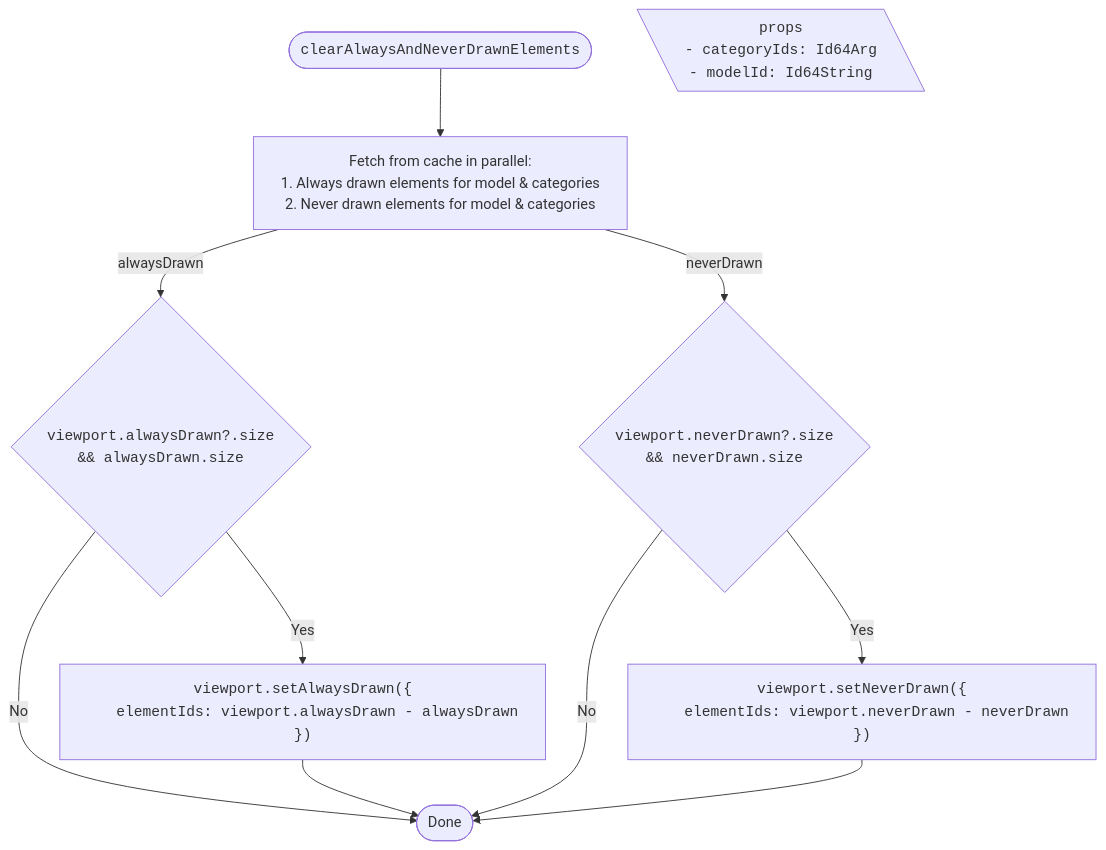
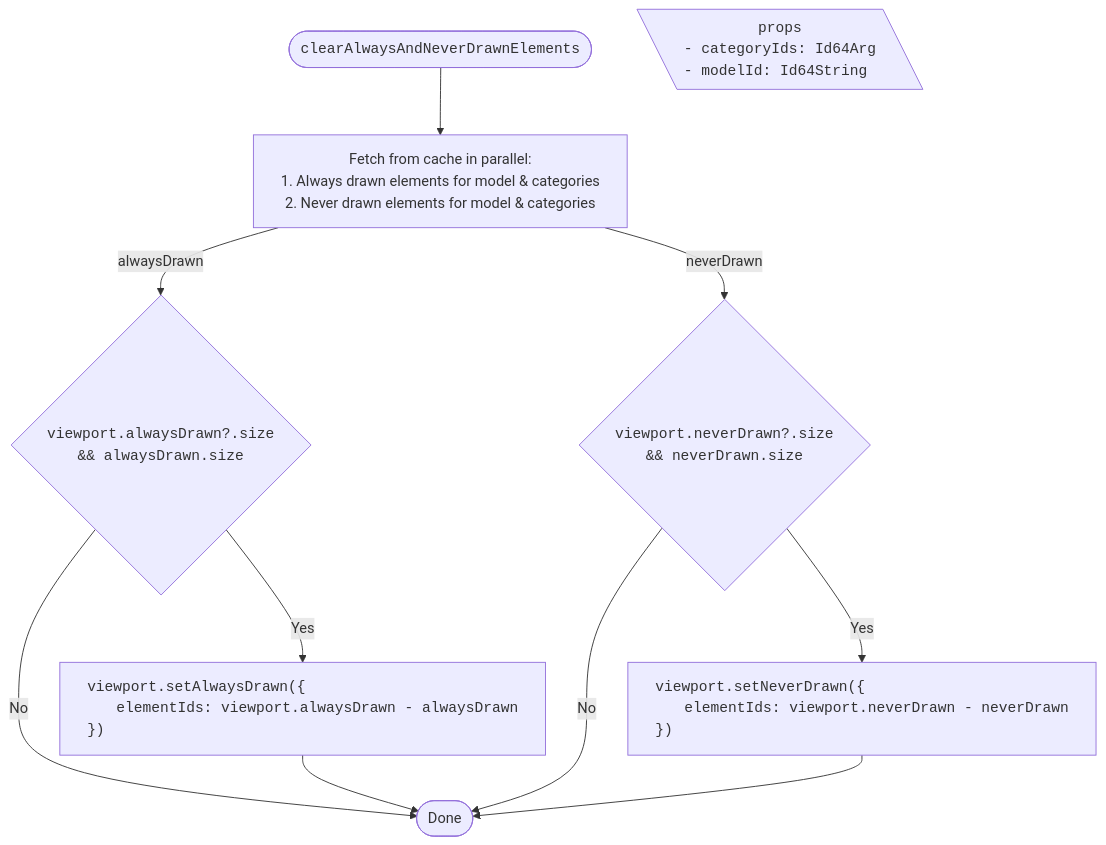
Diagram 14 of 14 in packages/itwin/tree-widget/docs/SharedVisibilityHandling.md (iTwin/viewer-components-react), drawn with Mermaid before and after one commit. The commit also changed other lines of this file and 3 other files, not shown here.

````diff
--- a/packages/itwin/tree-widget/docs/SharedVisibilityHandling.md
+++ b/packages/itwin/tree-widget/docs/SharedVisibilityHandling.md
@@ -880,33 +880,33 @@
 ```mermaid
 ---
 config:
   flowchart:
     wrappingWidth: 750
     useMaxWidth: false
 ---
 
 flowchart TD
   RESULT_Done([Done])
 
   %% Start
   TITLE(["<code>clearAlwaysAndNeverDrawnElements</code>"]) --> A["Fetch from cache in parallel:<br/>1. Always drawn elements for model & categories <br/>2. Never drawn elements for model & categories"]
 
   PROPS[\"
     <code>props</code>
-    <code style='text-align: left;'>- categoryIds: Id64Arg<br/> - modelId: Id64String</code>
+    <code style='display: block; text-align: left;'>- categoryIds: Id64Arg<br/> - modelId: Id64String</code>
   "\]
 
   A -- "alwaysDrawn" --> B1{"<code>viewport.alwaysDrawn?.size<br/> && alwaysDrawn.size </code>"}
-  B1 -- Yes --> B2["<code style='text-align: left;'>viewport.setAlwaysDrawn({
+  B1 -- Yes --> B2["<code style='display: block; text-align: left;'>viewport.setAlwaysDrawn({
     <code style='padding-left: 2rem'>elementIds: viewport.alwaysDrawn - alwaysDrawn</code>
   })</code>"]
   B1 -- No --> RESULT_Done
   B2 --> RESULT_Done
 
   A -- "neverDrawn" --> C1{"<code>viewport.neverDrawn?.size<br/> && neverDrawn.size </code>"}
-  C1 -- Yes --> C2["<code style='text-align: left;'>viewport.setNeverDrawn({
+  C1 -- Yes --> C2["<code style='display: block; text-align: left;'>viewport.setNeverDrawn({
     <code style='padding-left: 2rem'>elementIds: viewport.neverDrawn - neverDrawn</code>
   })</code>"]
   C1 -- No --> RESULT_Done
   C2 --> RESULT_Done
 ```
````
